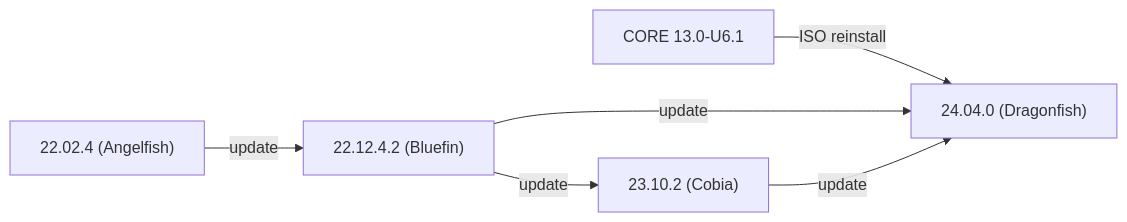
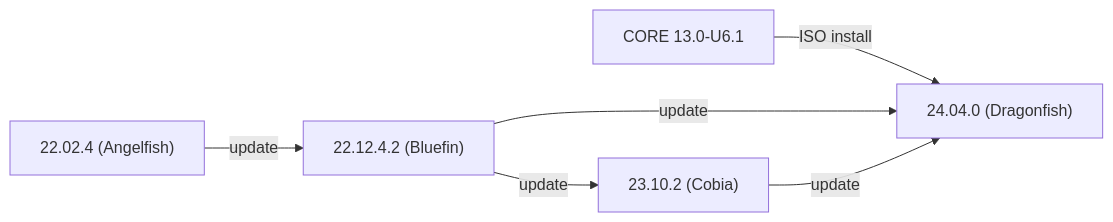
The first of 2 diagrams in content/SCALE/GettingStarted/SCALEReleaseNotes.md (truenas/documentation), drawn with Mermaid before and after one commit. The commit also changed other lines of this file and 5 other files, not shown here.

```diff
--- a/content/SCALE/GettingStarted/SCALEReleaseNotes.md
+++ b/content/SCALE/GettingStarted/SCALEReleaseNotes.md
@@ -71,10 +71,10 @@
 {{< mermaid class="mermaid_sizing" >}}
 flowchart LR
 
 A["22.02.4 (Angelfish)"] -->|update| C
-B[CORE 13.0-U6.1] -->|ISO reinstall| E
+B[CORE 13.0-U6.1] -->|ISO install| E
 C["22.12.4.2 (Bluefin)"] -->|update| D
 C["22.12.4.2 (Bluefin)"] -->|update| E
 D["23.10.2 (Cobia)"] -->|update| E
 E["24.04.0 (Dragonfish)"]
 {{< /mermaid >}}
```
